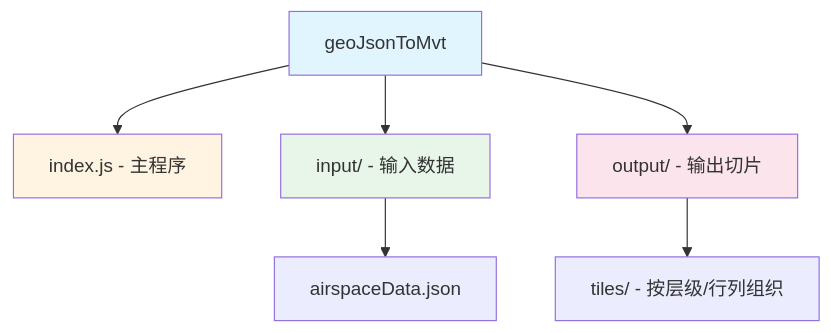
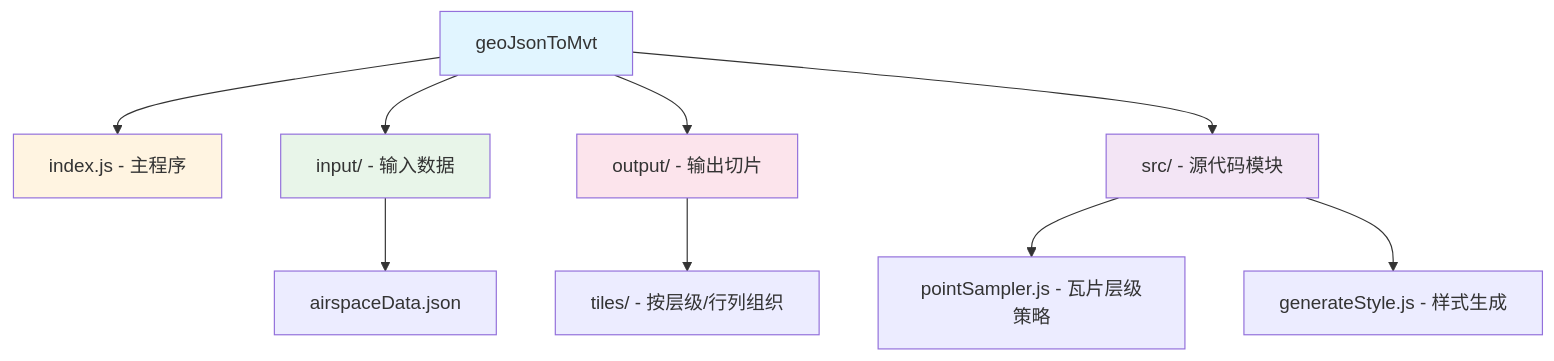
The diagram in CLAUDE.md (ILHQ/geoJsonToMvt), drawn with Mermaid before and after one commit. The commit also changed other lines of this file and 13 other files, not shown here.

````diff
--- a/CLAUDE.md
+++ b/CLAUDE.md
@@ -49,14 +70,18 @@
 ```mermaid
 graph TD
     A["geoJsonToMvt"] --> B["index.js - 主程序"];
     A --> C["input/ - 输入数据"];
     A --> D["output/ - 输出切片"];
+    A --> E["src/ - 源代码模块"];
 
     C --> C1["airspaceData.json"];
     D --> D1["tiles/ - 按层级/行列组织"];
+    E --> E1["pointSampler.js - 瓦片层级策略"];
+    E --> E2["generateStyle.js - 样式生成"];
 
     style A fill:#e1f5ff
     style B fill:#fff4e1
     style C fill:#e8f5e9
     style D fill:#fce4ec
+    style E fill:#f3e5f5
 ```
````
